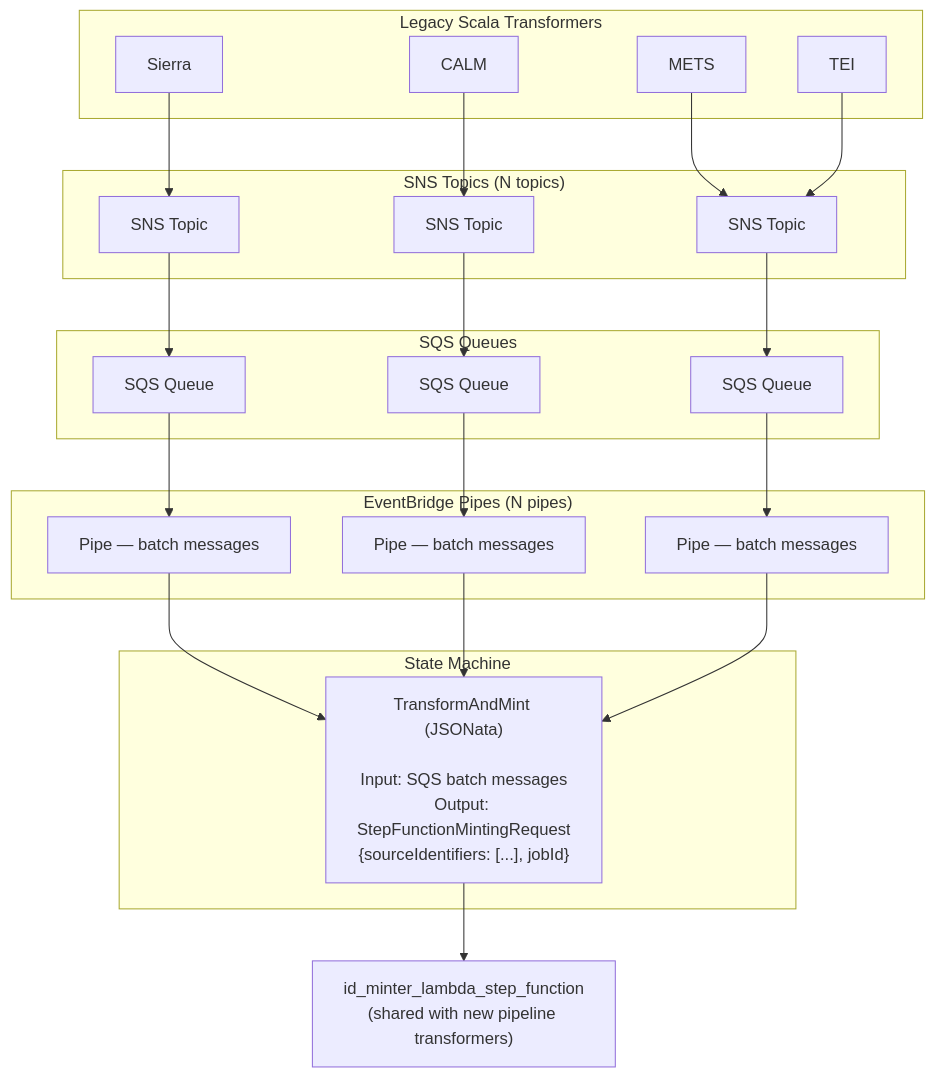
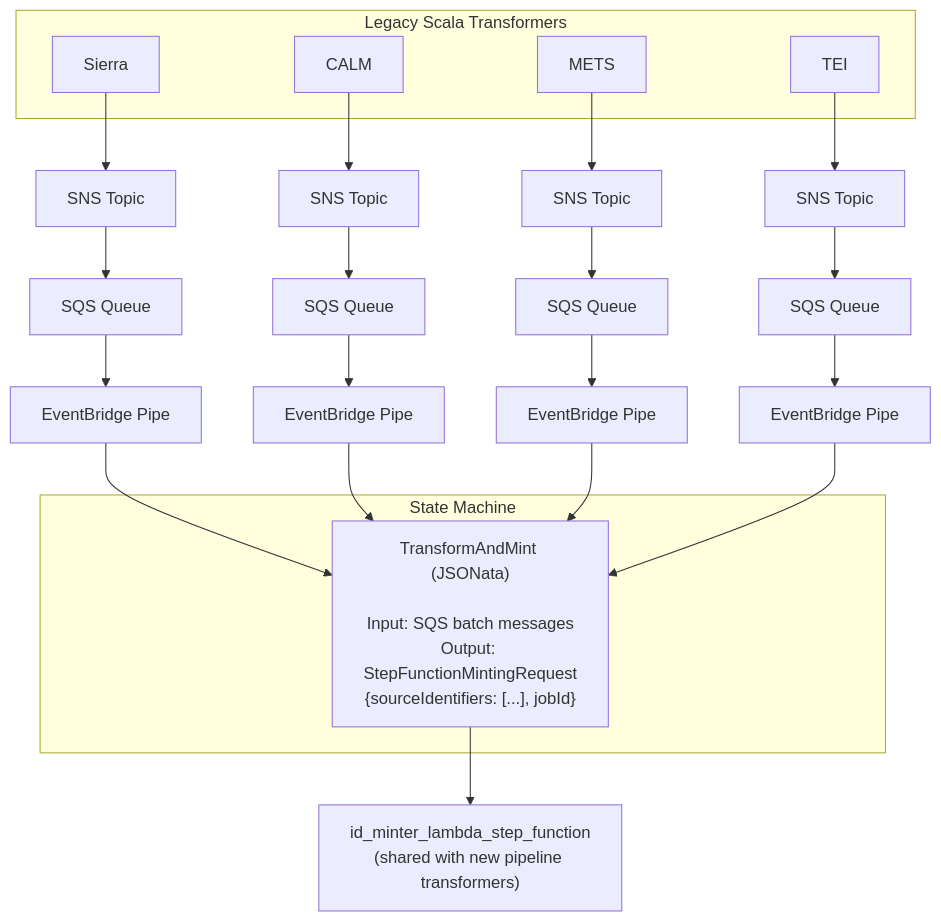
One commit to wellcomecollection/catalogue-pipeline changed the diagram in pipeline/terraform/modules/sqs_id_minter_bridge/README.md. Above: the diagram before and after it, drawn with Mermaid.

Commit message:
Fix architecture diagram to show one topic per transformer

````diff
--- a/pipeline/terraform/modules/sqs_id_minter_bridge/README.md
+++ b/pipeline/terraform/modules/sqs_id_minter_bridge/README.md
@@ -11,51 +11,37 @@
 ```mermaid
 graph TD
     subgraph Transformers["Legacy Scala Transformers"]
         Sierra["Sierra"]
         CALM["CALM"]
         METS["METS"]
         TEI["TEI"]
     end
 
-    subgraph Topics["SNS Topics (N topics)"]
-        SNS1["SNS Topic"]
-        SNS2["SNS Topic"]
-        SNS3["SNS Topic"]
-    end
+    Sierra --> SNS_Sierra["SNS Topic"]
+    CALM --> SNS_CALM["SNS Topic"]
+    METS --> SNS_METS["SNS Topic"]
+    TEI --> SNS_TEI["SNS Topic"]
 
-    Sierra --> SNS1
-    CALM --> SNS2
-    METS & TEI --> SNS3
+    SNS_Sierra --> SQS_Sierra["SQS Queue"]
+    SNS_CALM --> SQS_CALM["SQS Queue"]
+    SNS_METS --> SQS_METS["SQS Queue"]
+    SNS_TEI --> SQS_TEI["SQS Queue"]
 
-    subgraph Queues["SQS Queues"]
-        SQS1["SQS Queue"]
-        SQS2["SQS Queue"]
-        SQS3["SQS Queue"]
-    end
-
-    SNS1 --> SQS1
-    SNS2 --> SQS2
-    SNS3 --> SQS3
-
-    subgraph Pipes["EventBridge Pipes (N pipes)"]
-        Pipe1["Pipe — batch messages"]
-        Pipe2["Pipe — batch messages"]
-        Pipe3["Pipe — batch messages"]
-    end
-
-    SQS1 --> Pipe1
-    SQS2 --> Pipe2
-    SQS3 --> Pipe3
+    SQS_Sierra --> Pipe_Sierra["EventBridge Pipe"]
+    SQS_CALM --> Pipe_CALM["EventBridge Pipe"]
+    SQS_METS --> Pipe_METS["EventBridge Pipe"]
+    SQS_TEI --> Pipe_TEI["EventBridge Pipe"]
 
     subgraph SM["State Machine"]
         Transform["TransformAndMint (JSONata)<br/><br/>Input: SQS batch messages<br/>Output: StepFunctionMintingRequest<br/>{sourceIdentifiers: [...], jobId}"]
     end
 
-    Pipe1 --> Transform
-    Pipe2 --> Transform
-    Pipe3 --> Transform
+    Pipe_Sierra --> Transform
+    Pipe_CALM --> Transform
+    Pipe_METS --> Transform
+    Pipe_TEI --> Transform
 
     Lambda["id_minter_lambda_step_function<br/>(shared with new pipeline transformers)"]
 
     Transform --> Lambda
 ```
````
